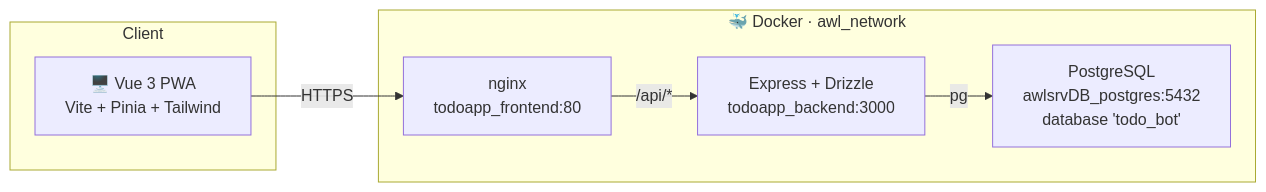
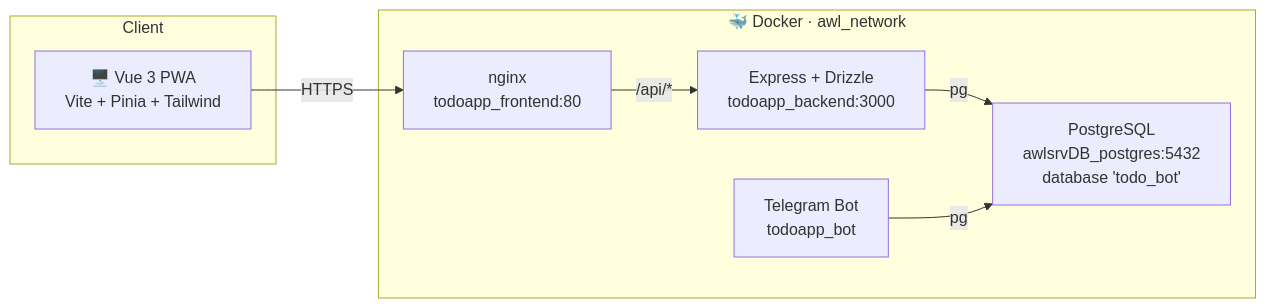
The first of 2 diagrams in README.md (moablive/LBS_TodoAPP), drawn with Mermaid before and after one commit. The commit also changed other lines of this file and 28 other files, not shown here.

Commit message:
chore: update architecture, move bot, update compose

````diff
--- a/README.md
+++ b/README.md
@@ -133,16 +137,18 @@
 ```mermaid
 flowchart LR
   subgraph Client
     PWA["🖥️ Vue 3 PWA<br/>Vite + Pinia + Tailwind"]
   end
 
   subgraph awl_network["🐳 Docker · awl_network"]
     NGINX["nginx<br/>todoapp_frontend:80"]
     API["Express + Drizzle<br/>todoapp_backend:3000"]
+    BOT["Telegram Bot<br/>todoapp_bot"]
     PG["PostgreSQL<br/>awlsrvDB_postgres:5432<br/>database 'todo_bot'"]
   end
 
   PWA -- "HTTPS" --> NGINX
   NGINX -- "/api/*" --> API
   API -- "pg" --> PG
+  BOT -- "pg" --> PG
 ```
````
